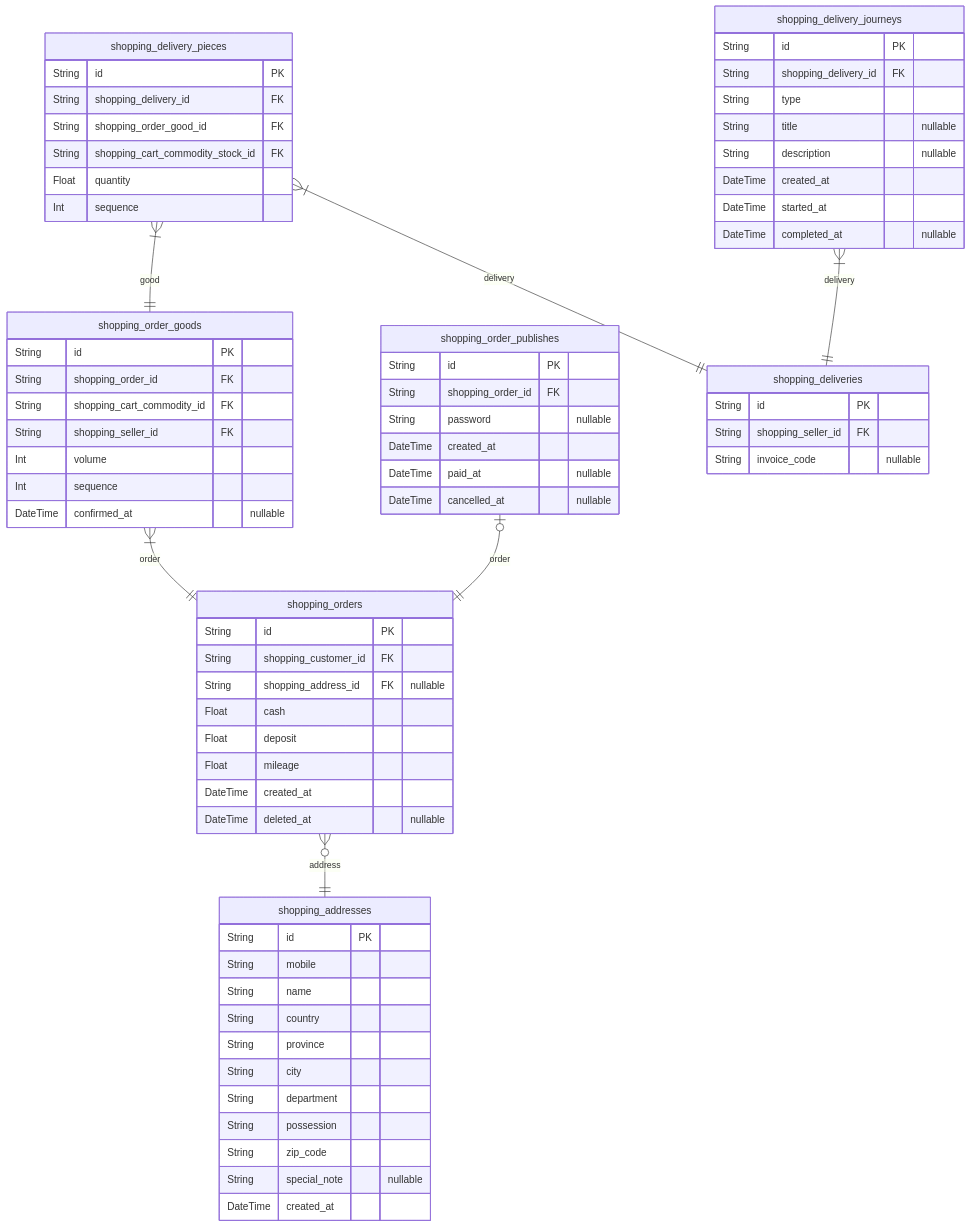
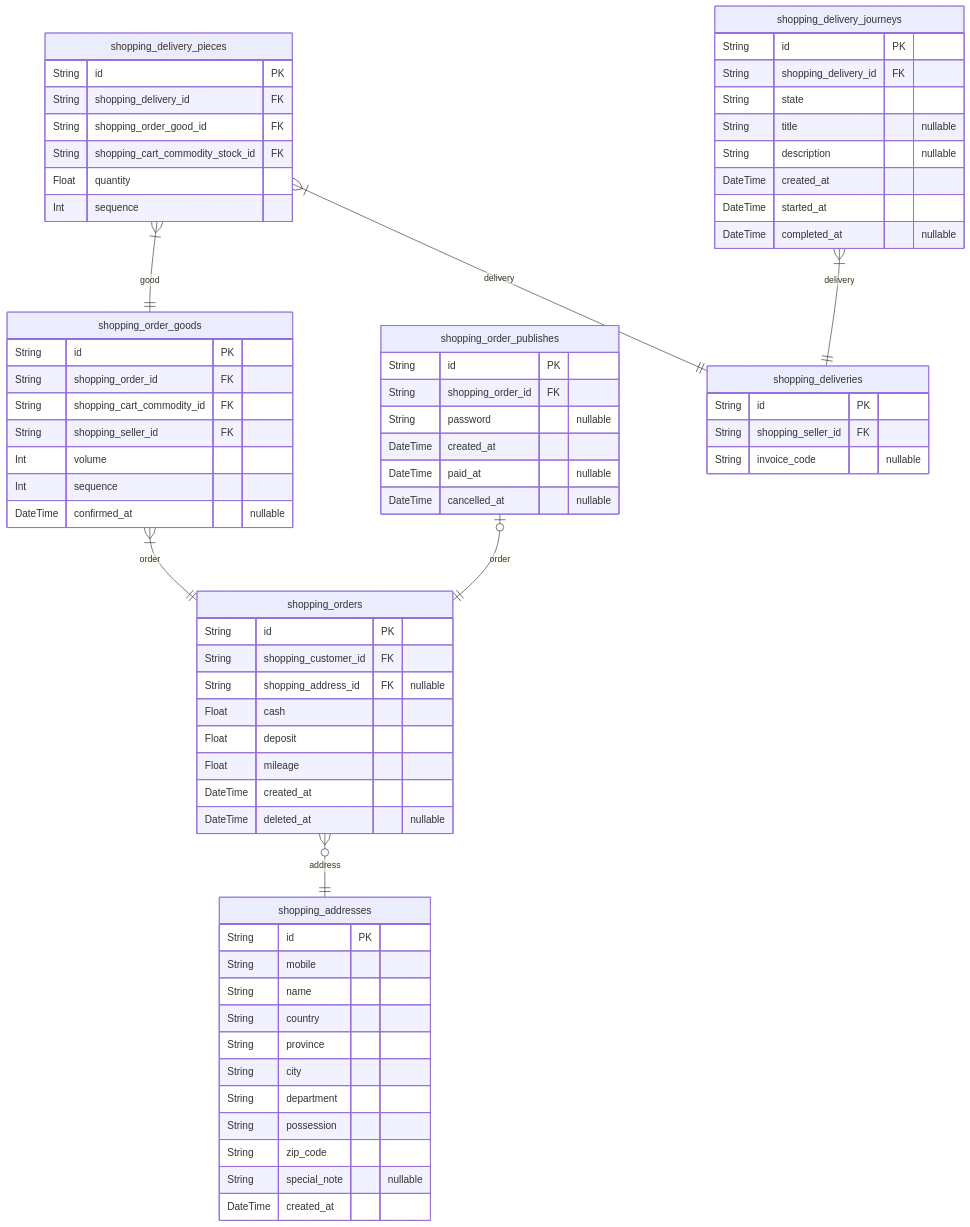
Before and after one commit to samchon/shopping-backend: the sixth of 9 diagrams in docs/ERD.md, drawn with Mermaid. The commit also changed other lines of this file and 11 other files, not shown here.

````diff
--- a/docs/ERD.md
+++ b/docs/ERD.md
@@ -1319,72 +1319,72 @@
 ```mermaid
 erDiagram
 shopping_orders {
     String id PK
     String shopping_customer_id FK
     String shopping_address_id FK "nullable"
     Float cash
     Float deposit
     Float mileage
     DateTime created_at
     DateTime deleted_at "nullable"
 }
 shopping_order_goods {
     String id PK
     String shopping_order_id FK
     String shopping_cart_commodity_id FK
     String shopping_seller_id FK
     Int volume
     Int sequence
     DateTime confirmed_at "nullable"
 }
 shopping_order_publishes {
     String id PK
     String shopping_order_id FK
     String password "nullable"
     DateTime created_at
     DateTime paid_at "nullable"
     DateTime cancelled_at "nullable"
 }
 shopping_deliveries {
     String id PK
     String shopping_seller_id FK
     String invoice_code "nullable"
 }
 shopping_delivery_pieces {
     String id PK
     String shopping_delivery_id FK
     String shopping_order_good_id FK
     String shopping_cart_commodity_stock_id FK
     Float quantity
     Int sequence
 }
 shopping_delivery_journeys {
     String id PK
     String shopping_delivery_id FK
-    String type
+    String state
     String title "nullable"
     String description "nullable"
     DateTime created_at
     DateTime started_at
     DateTime completed_at "nullable"
 }
 shopping_addresses {
     String id PK
     String mobile
     String name
     String country
     String province
     String city
     String department
     String possession
     String zip_code
     String special_note "nullable"
     DateTime created_at
 }
 shopping_orders }o--|| shopping_addresses : address
 shopping_order_goods }|--|| shopping_orders : order
 shopping_order_publishes |o--|| shopping_orders : order
 shopping_delivery_pieces }|--|| shopping_deliveries : delivery
 shopping_delivery_pieces }|--|| shopping_order_goods : good
 shopping_delivery_journeys }|--|| shopping_deliveries : delivery
 ```
````
